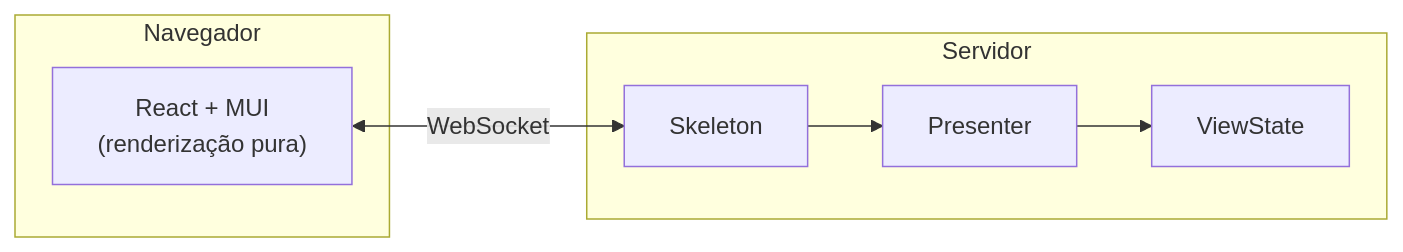
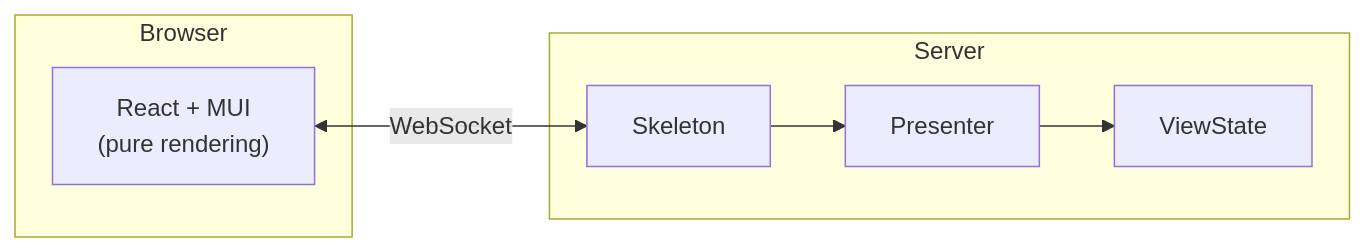
The fifth of 10 diagrams in docs/architecture.md (mrcdom/wdc-cube-kotlin), drawn with Mermaid before and after one commit. The commit also changed other lines of this file and 10 other files, not shown here.

First line of the commit message:
docs: architecture docs and top-level READMEs in US English

````diff
--- a/docs/architecture.md
+++ b/docs/architecture.md
@@ -261,11 +261,11 @@
 ```mermaid
 graph LR
-    subgraph "Navegador"
-        REACT["React + MUI<br/>(renderização pura)"]
+    subgraph "Browser"
+        REACT["React + MUI<br/>(pure rendering)"]
     end
-    subgraph "Servidor"
+    subgraph "Server"
         SKEL["Skeleton"] --> PRES["Presenter"]
         PRES --> STATE["ViewState"]
     end
     REACT <-->|WebSocket| SKEL
 ```
````
